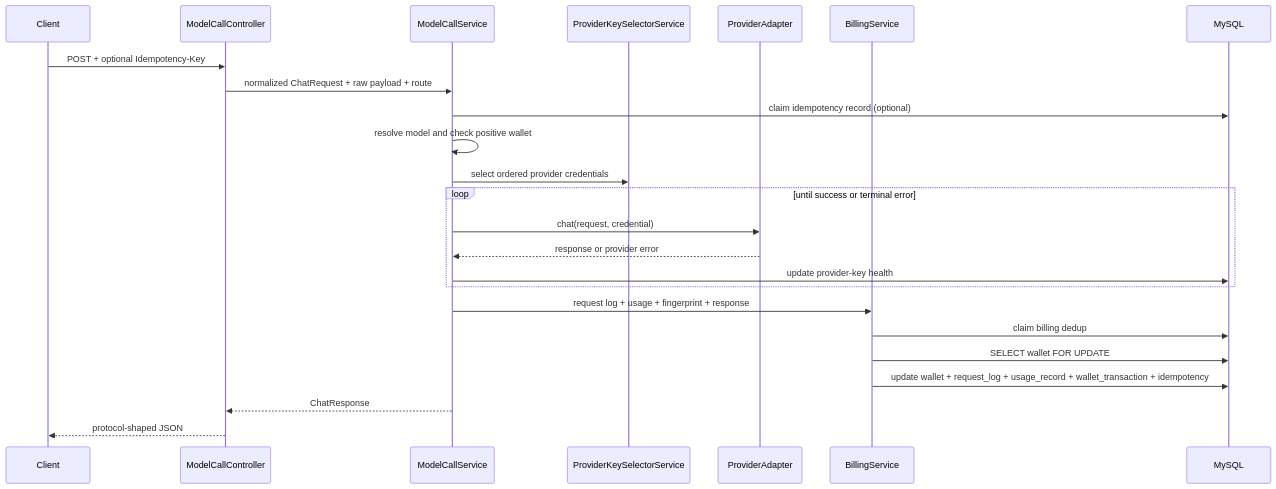
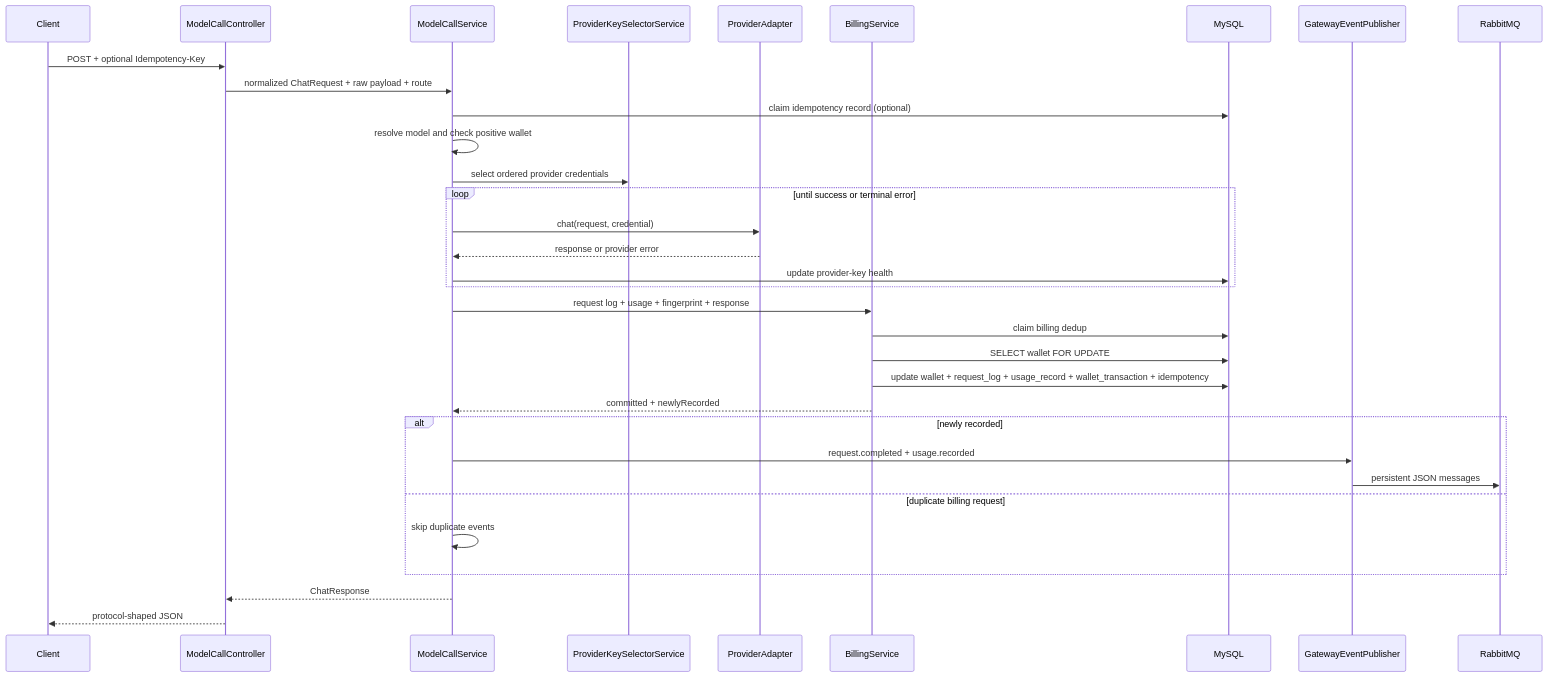
One commit to hdw123456/erent changed the second of 4 diagrams in ARCHITECTURE.md. Above: the diagram before and after it, drawn with Mermaid. The commit also changed other lines of this file and 22 other files, not shown here.

````diff
--- a/ARCHITECTURE.md
+++ b/ARCHITECTURE.md
@@ -98,27 +105,36 @@
 ```mermaid
 sequenceDiagram
     participant C as Client
     participant MC as ModelCallController
     participant S as ModelCallService
     participant K as ProviderKeySelectorService
     participant P as ProviderAdapter
     participant B as BillingService
     participant DB as MySQL
+    participant E as GatewayEventPublisher
+    participant R as RabbitMQ
 
     C->>MC: POST + optional Idempotency-Key
     MC->>S: normalized ChatRequest + raw payload + route
     S->>DB: claim idempotency record (optional)
     S->>S: resolve model and check positive wallet
     S->>K: select ordered provider credentials
     loop until success or terminal error
         S->>P: chat(request, credential)
         P-->>S: response or provider error
         S->>DB: update provider-key health
     end
     S->>B: request log + usage + fingerprint + response
     B->>DB: claim billing dedup
     B->>DB: SELECT wallet FOR UPDATE
     B->>DB: update wallet + request_log + usage_record + wallet_transaction + idempotency
+    B-->>S: committed + newlyRecorded
+    alt newly recorded
+        S->>E: request.completed + usage.recorded
+        E->>R: persistent JSON messages
+    else duplicate billing request
+        S->>S: skip duplicate events
+    end
     S-->>MC: ChatResponse
     MC-->>C: protocol-shaped JSON
 ```
````
